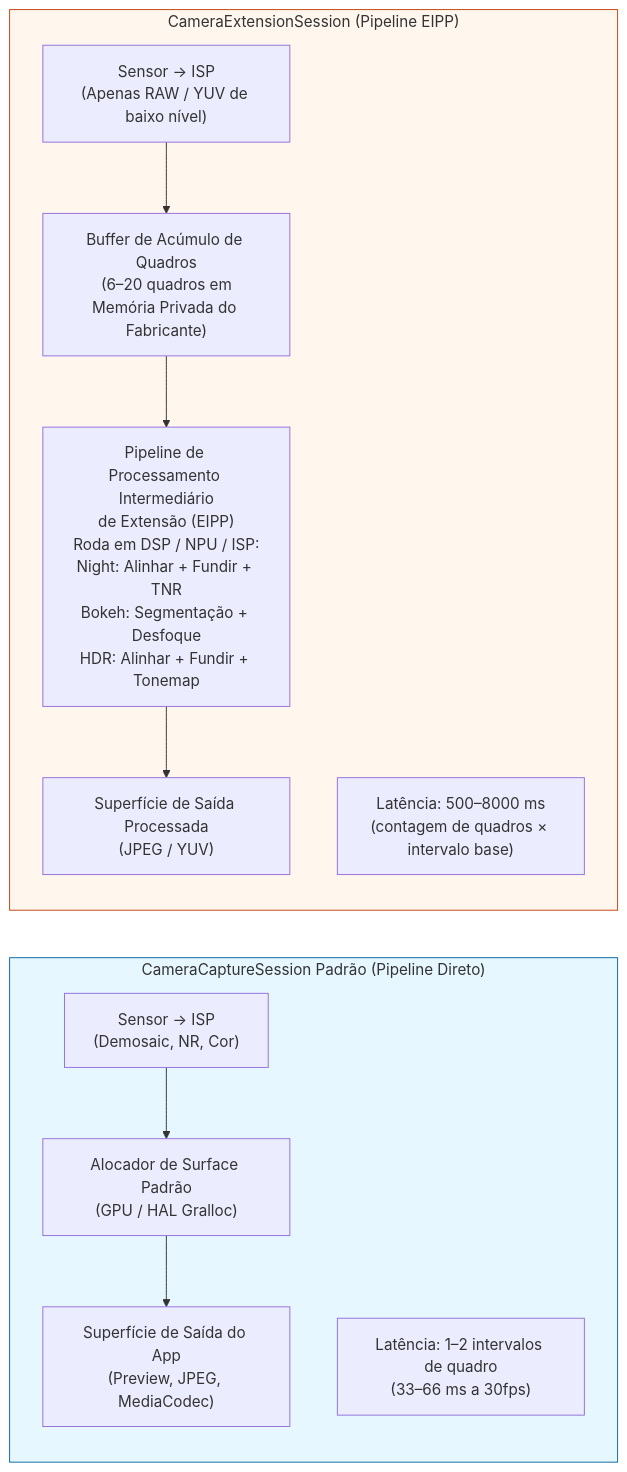
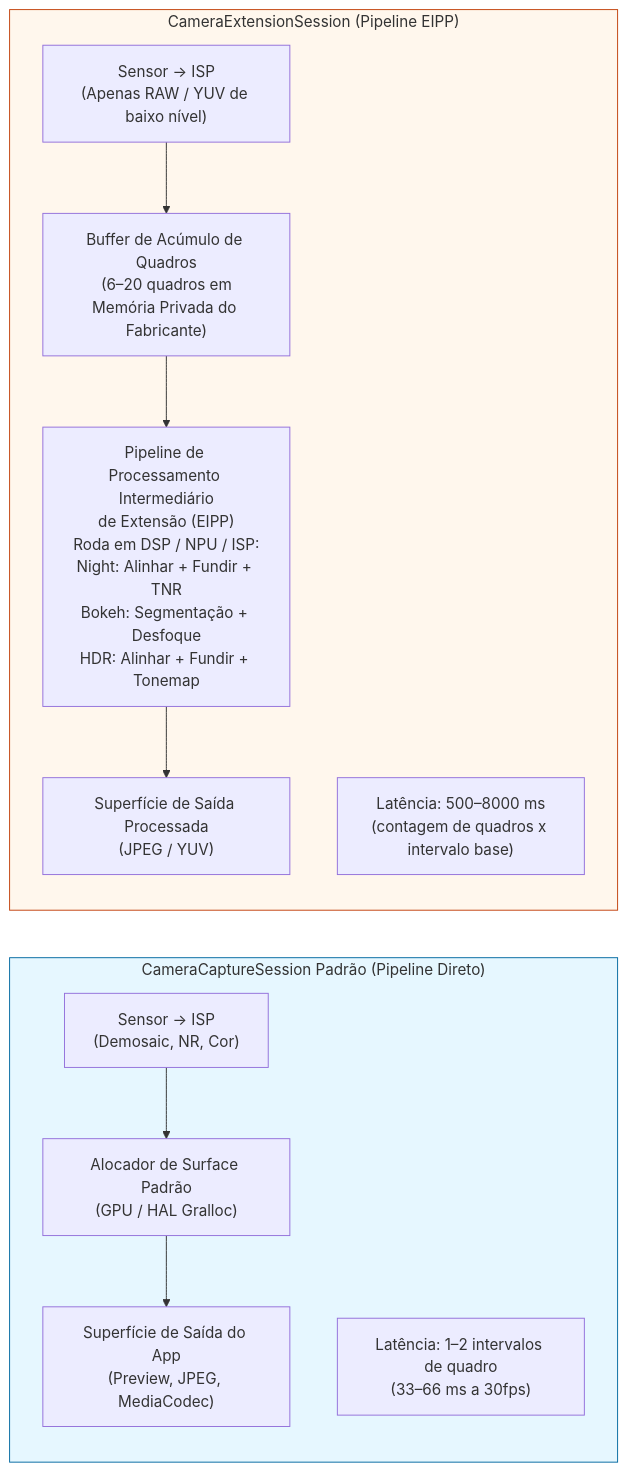
Before and after one commit to zoozooll/AndroidCameraParameters: the first of 2 diagrams in website/i18n/pt-BR/docusaurus-plugin-content-docs/current/camera2/camera-extensions.md, drawn with Mermaid. The commit also changed other lines of this file and 77 other files, not shown here.

First line of the commit message:
docs: standardize Mermaid syntax and polish 3A pipeline translations

````diff
--- a/website/i18n/pt-BR/docusaurus-plugin-content-docs/current/camera2/camera-extensions.md
+++ b/website/i18n/pt-BR/docusaurus-plugin-content-docs/current/camera2/camera-extensions.md
@@ -34,24 +34,24 @@
 ```mermaid
 flowchart LR
     subgraph STANDARD["CameraCaptureSession Padrão (Pipeline Direto)"]
         direction TB
-        S1["Sensor → ISP<br/>(Demosaic, NR, Cor)"]
+        S1["Sensor -> ISP<br/>(Demosaic, NR, Cor)"]
         S2["Alocador de Surface Padrão<br/>(GPU / HAL Gralloc)"]
         S3["Superfície de Saída do App<br/>(Preview, JPEG, MediaCodec)"]
         S1 --> S2 --> S3
         SLAT["Latência: 1–2 intervalos de quadro<br/>(33–66 ms a 30fps)"]
     end
 
     subgraph EXTENSION["CameraExtensionSession (Pipeline EIPP)"]
         direction TB
-        E1["Sensor → ISP<br/>(Apenas RAW / YUV de baixo nível)"]
+        E1["Sensor -> ISP<br/>(Apenas RAW / YUV de baixo nível)"]
         E2["Buffer de Acúmulo de Quadros<br/>(6–20 quadros em<br/>Memória Privada do Fabricante)"]
         E3["Pipeline de Processamento Intermediário<br/>de Extensão (EIPP)<br/>Roda em DSP / NPU / ISP:<br/>Night: Alinhar + Fundir + TNR<br/>Bokeh: Segmentação + Desfoque<br/>HDR: Alinhar + Fundir + Tonemap"]
         E4["Superfície de Saída Processada<br/>(JPEG / YUV)"]
         E1 --> E2 --> E3 --> E4
-        ELAT["Latência: 500–8000 ms<br/>(contagem de quadros × intervalo base)"]
+        ELAT["Latência: 500–8000 ms<br/>(contagem de quadros x intervalo base)"]
     end
 
     style STANDARD fill:#e6f7ff,stroke:#0369a1
     style EXTENSION fill:#fff7ed,stroke:#c2410c
 ```
````
